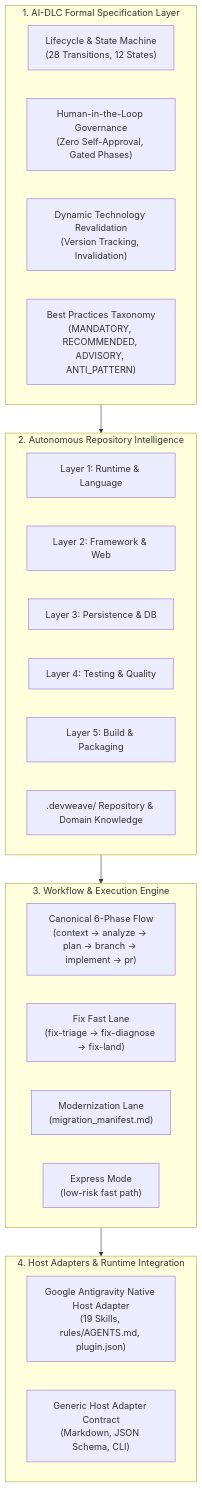
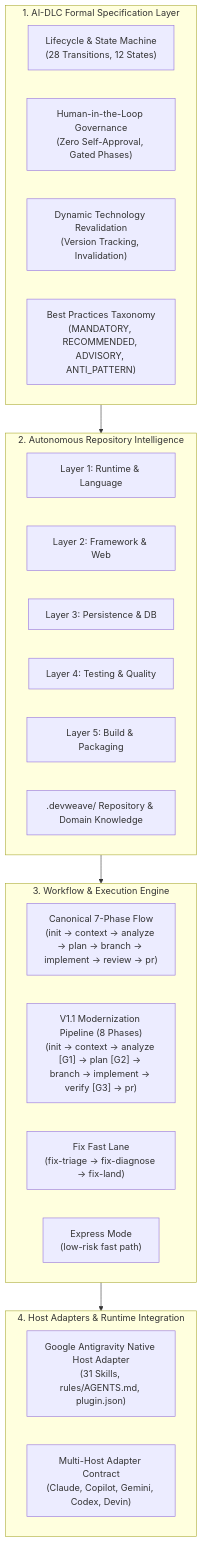
Before and after one commit to paarthivnaik/DevWeave: the first of 3 diagrams in docs/architecture.md, drawn with Mermaid. The commit also changed other lines of this file and 12 other files, not shown here.

Commit message:
docs: update product documentation for V1.1 Modernization, Test Intelligence, and 31 skills catalog

````diff
--- a/docs/architecture.md
+++ b/docs/architecture.md
@@ -9,34 +9,34 @@
 ```mermaid
 flowchart TD
     subgraph SPEC["1. AI-DLC Formal Specification Layer"]
         LIFECYCLE["Lifecycle & State Machine<br>(28 Transitions, 12 States)"]
         HITL["Human-in-the-Loop Governance<br>(Zero Self-Approval, Gated Phases)"]
         REVAL["Dynamic Technology Revalidation<br>(Version Tracking, Invalidation)"]
         TAXONOMY["Best Practices Taxonomy<br>(MANDATORY, RECOMMENDED, ADVISORY, ANTI_PATTERN)"]
     end
 
     subgraph REPO_INTEL["2. Autonomous Repository Intelligence"]
         L1["Layer 1: Runtime & Language"]
         L2["Layer 2: Framework & Web"]
         L3["Layer 3: Persistence & DB"]
         L4["Layer 4: Testing & Quality"]
         L5["Layer 5: Build & Packaging"]
         KNOWLEDGE[".devweave/ Repository & Domain Knowledge"]
     end
 
     subgraph LANES["3. Workflow & Execution Engine"]
-        CANONICAL["Canonical 6-Phase Flow<br>(context -> analyze -> plan -> branch -> implement -> pr)"]
+        CANONICAL["Canonical 7-Phase Flow<br>(init -> context -> analyze -> plan -> branch -> implement -> review -> pr)"]
+        MODERNIZATION["V1.1 Modernization Pipeline (8 Phases)<br>(init -> context -> analyze [G1] -> plan [G2] -> branch -> implement -> verify [G3] -> pr)"]
         FIX_LANE["Fix Fast Lane<br>(fix-triage -> fix-diagnose -> fix-land)"]
-        MODERNIZE["Modernization Lane<br>(migration_manifest.md)"]
         EXPRESS["Express Mode<br>(low-risk fast path)"]
     end
 
     subgraph ADAPTERS["4. Host Adapters & Runtime Integration"]
-        ANTIGRAVITY["Google Antigravity Native Host Adapter<br>(19 Skills, rules/AGENTS.md, plugin.json)"]
-        OTHER_HOSTS["Generic Host Adapter Contract<br>(Markdown, JSON Schema, CLI)"]
+        ANTIGRAVITY["Google Antigravity Native Host Adapter<br>(31 Skills, rules/AGENTS.md, plugin.json)"]
+        OTHER_HOSTS["Multi-Host Adapter Contract<br>(Claude, Copilot, Gemini, Codex, Devin)"]
     end
 
     SPEC --> REPO_INTEL
     REPO_INTEL --> LANES
     LANES --> ADAPTERS
 ```
````
